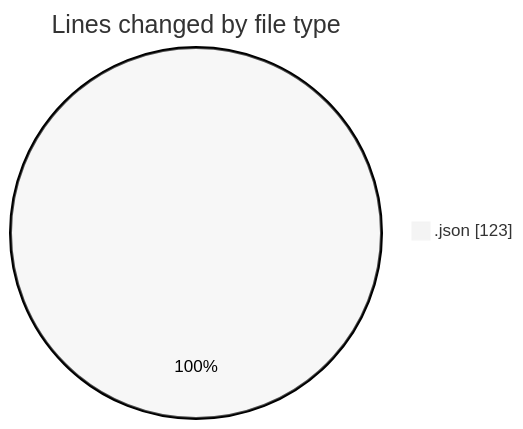
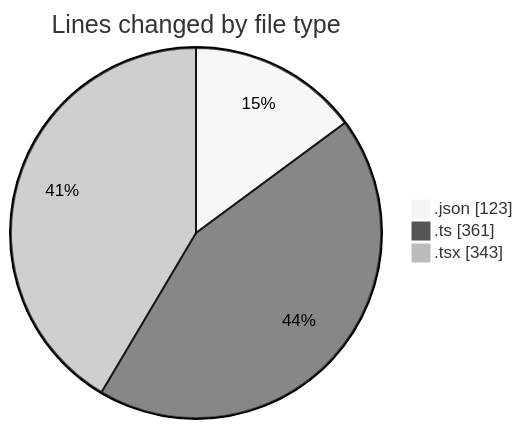
The first of 2 diagrams in 2025-11-12/eventscop-frontend-guide__workspace_/README.md (julien-gomy/code-tracking), drawn with Mermaid (neutral theme) before and after one commit. The commit also changed other lines of this file and 1 other file, not shown here.

````diff
--- a/2025-11-12/eventscop-frontend-guide__workspace_/README.md
+++ b/2025-11-12/eventscop-frontend-guide__workspace_/README.md
@@ -21,5 +24,7 @@
 ```mermaid
 pie showData
 title Lines changed by file type
 ".json" : 123
+".ts" : 361
+".tsx" : 343
 ```
````
